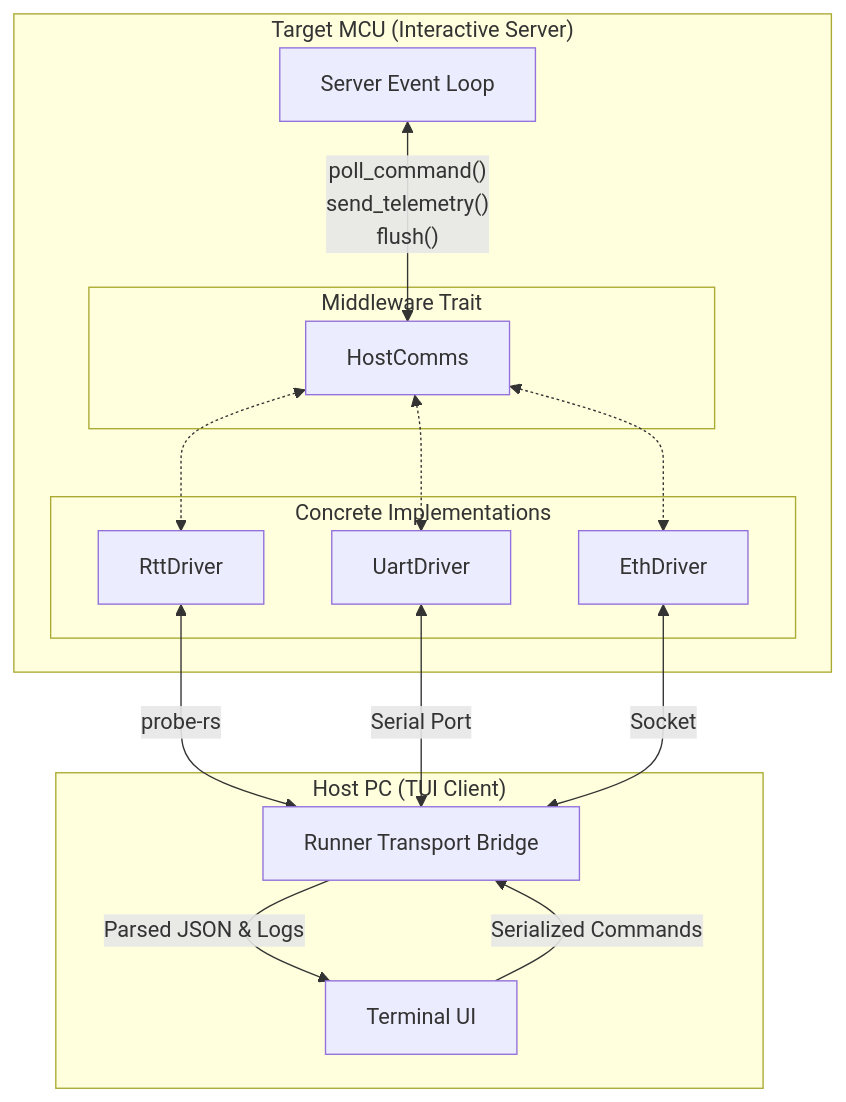
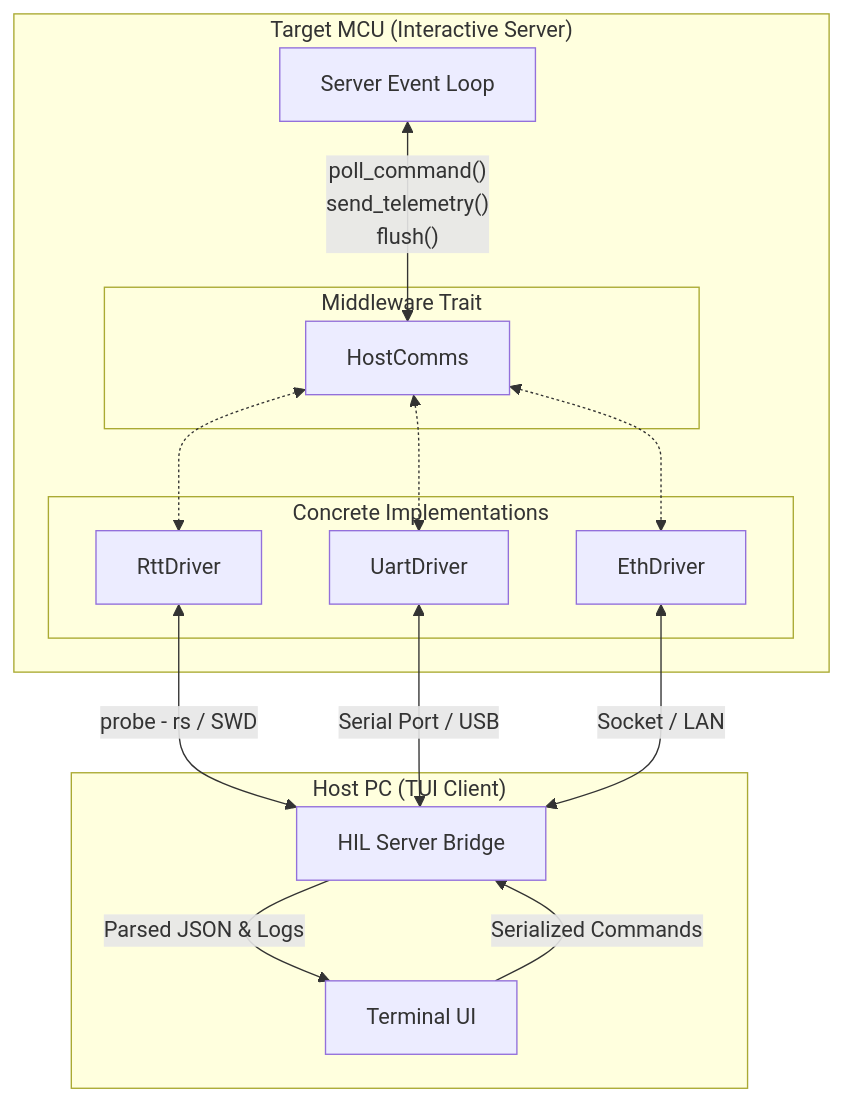
The diagram in documentation/xtask/design/host-comm-design-doc.md (Dyse-Industries/control-rs), drawn with Mermaid before and after one commit. The commit also changed other lines of this file and 11 other files, not shown here.

````diff
--- a/documentation/xtask/design/host-comm-design-doc.md
+++ b/documentation/xtask/design/host-comm-design-doc.md
@@ -21,34 +89,32 @@
 ```mermaid
 graph TD
     subgraph "Target MCU (Interactive Server)"
         SRV[Server Event Loop]
-        
+
         subgraph Middleware Trait
             HC_TRAIT[HostComms]
         end
-        
+
         subgraph Concrete Implementations
             RTT[RttDriver]
             UART[UartDriver]
             ETH[EthDriver]
         end
-        
-        SRV <-->|"poll_command() \n send_telemetry() \n flush()"| HC_TRAIT
-        
+
+        SRV <-->|" poll_command() \n send_telemetry() \n flush() "| HC_TRAIT
         HC_TRAIT <-.-> RTT
         HC_TRAIT <-.-> UART
         HC_TRAIT <-.-> ETH
     end
 
-    RTT <-->|probe-rs| DEMUX
-    UART <-->|Serial Port| DEMUX
-    ETH <-->|Socket| DEMUX
+    RTT <-->|probe - rs / SWD| DEMUX
+    UART <-->|Serial Port / USB| DEMUX
+    ETH <-->|Socket / LAN| DEMUX
 
     subgraph "Host PC (TUI Client)"
-        DEMUX[Runner Transport Bridge]
+        DEMUX[HIL Server Bridge]
         UI[Terminal UI]
-        
         DEMUX -->|Parsed JSON & Logs| UI
         UI -->|Serialized Commands| DEMUX
     end
 ```
````
